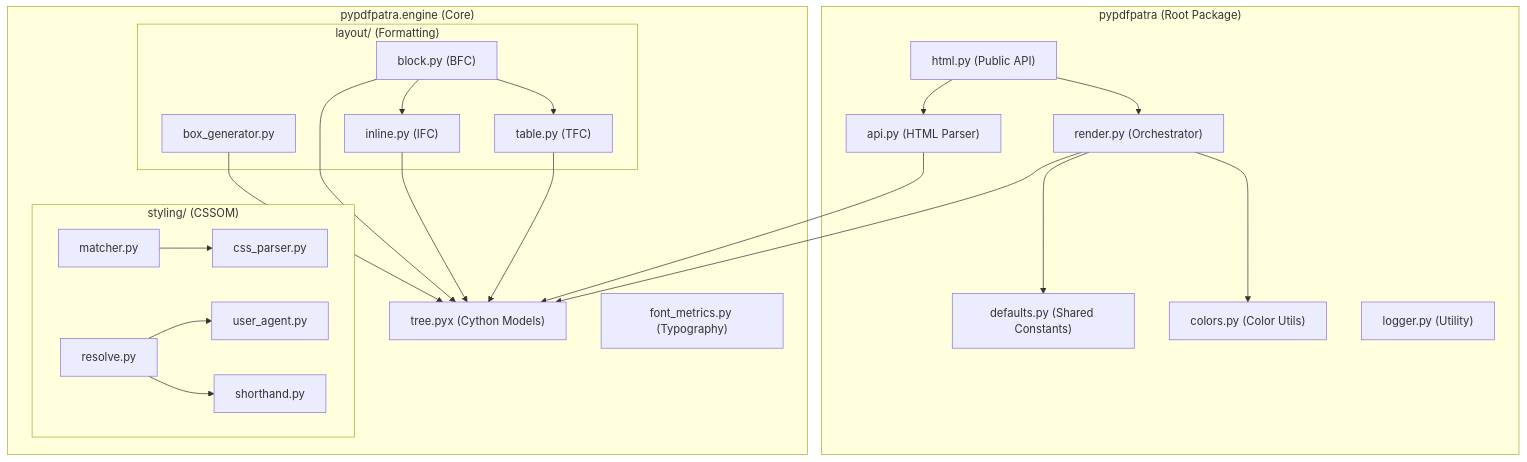
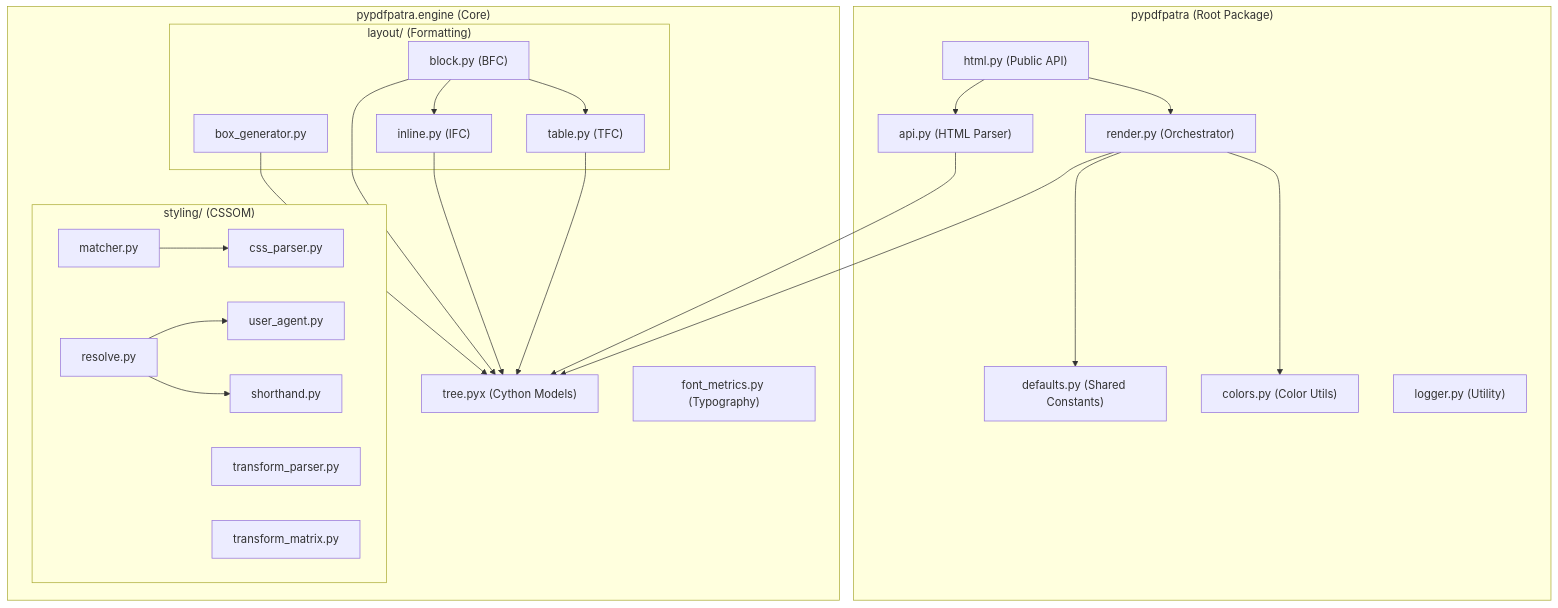
One commit to shubhendrapatel/PyPDFPatra changed the diagram in docs/ARCHITECTURE.md. Above: the diagram before and after it, drawn with Mermaid. The commit also changed other lines of this file and 17 other files, not shown here.

````diff
--- a/docs/ARCHITECTURE.md
+++ b/docs/ARCHITECTURE.md
@@ -9,50 +9,52 @@
 ```mermaid
 graph TD
     subgraph pypdfpatra ["pypdfpatra (Root Package)"]
         HTML["html.py (Public API)"]
         API["api.py (HTML Parser)"]
         Render["render.py (Orchestrator)"]
         Defaults["defaults.py (Shared Constants)"]
         Colors["colors.py (Color Utils)"]
         Logger["logger.py (Utility)"]
     end
 
     subgraph engine ["pypdfpatra.engine (Core)"]
         Tree["tree.pyx (Cython Models)"]
         Font["font_metrics.py (Typography)"]
         
         subgraph styling ["styling/ (CSSOM)"]
             CSS["css_parser.py"]
             Match["matcher.py"]
             Resolve["resolve.py"]
             Shorthand["shorthand.py"]
             UA["user_agent.py"]
+            TransformParser["transform_parser.py"]
+            TransformMatrix["transform_matrix.py"]
         end
 
         subgraph layout ["layout/ (Formatting)"]
             Gen["box_generator.py"]
             Block["block.py (BFC)"]
             Inline["inline.py (IFC)"]
             Table["table.py (TFC)"]
         end
     end
 
     HTML --> API
     HTML --> Render
     API --> Tree
     Render --> Tree
     Render --> Colors
     Render --> Defaults
     
     Gen --> Tree
     Block --> Tree
     Inline --> Tree
     Table --> Tree
     
     Match --> CSS
     Resolve --> UA
     Resolve --> Shorthand
     
     Block --> Inline
     Block --> Table
 ```
````
